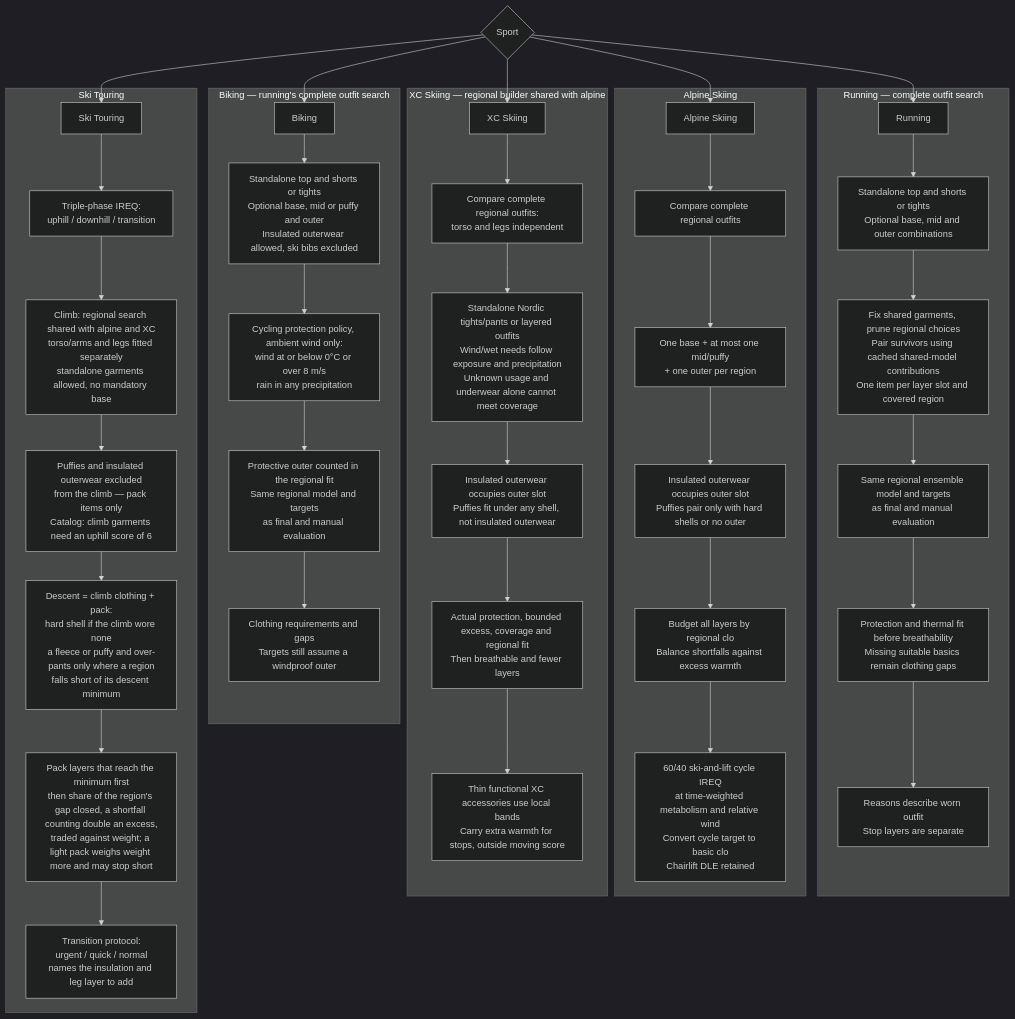
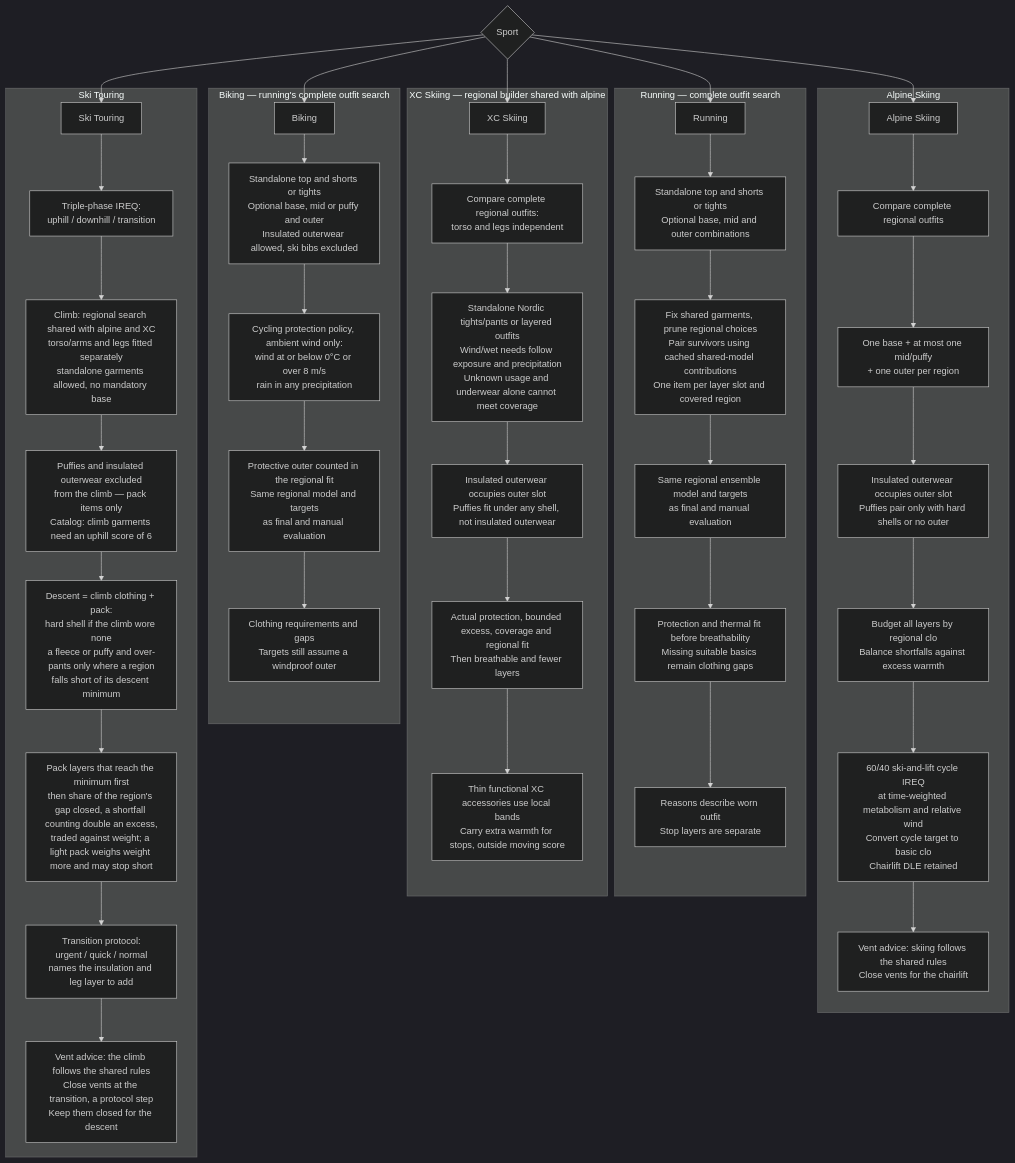
Before and after one commit to derobertsw/swttr: the fourth of 7 diagrams in README.md, drawn with Mermaid (dark theme). The commit also changed other lines of this file and 14 other files, not shown here.

````diff
--- a/README.md
+++ b/README.md
@@ -171,48 +176,50 @@
 ```mermaid
 graph TD
     SPORT{Sport} --> RUN[Running]
     SPORT --> BIKE[Biking]
     SPORT --> ALP[Alpine Skiing]
     SPORT --> XC[XC Skiing]
     SPORT --> TOUR[Ski Touring]
 
     subgraph "Running — complete outfit search"
         RUN --> R1[Standalone top and shorts or tights<br/>Optional base, mid and outer combinations]
         R1 --> R2[Fix shared garments, prune regional choices<br/>Pair survivors using cached shared-model contributions<br/>One item per layer slot and covered region]
         R2 --> R3[Same regional ensemble model and targets<br/>as final and manual evaluation]
         R3 --> R4[Protection and thermal fit before breathability<br/>Missing suitable basics remain clothing gaps]
         R4 --> R5[Reasons describe worn outfit<br/>Stop layers are separate]
     end
 
     subgraph "Biking — running's complete outfit search"
         BIKE --> B1[Standalone top and shorts or tights<br/>Optional base, mid or puffy and outer<br/>Insulated outerwear allowed, ski bibs excluded]
         B1 --> B2[Cycling protection policy, ambient wind only:<br/>wind at or below 0°C or over 8 m/s<br/>rain in any precipitation]
         B2 --> B3[Protective outer counted in the regional fit<br/>Same regional model and targets<br/>as final and manual evaluation]
         B3 --> B4[Clothing requirements and gaps<br/>Targets still assume a windproof outer]
     end
 
     subgraph "Alpine Skiing"
         ALP --> A1[Compare complete regional outfits]
         A1 --> A2[One base + at most one mid/puffy<br/>+ one outer per region]
         A2 --> A3[Insulated outerwear occupies outer slot<br/>Puffies pair only with hard shells or no outer]
         A3 --> A4[Budget all layers by regional clo<br/>Balance shortfalls against excess warmth]
         A4 --> A5[60/40 ski-and-lift cycle IREQ<br/>at time-weighted metabolism and relative wind<br/>Convert cycle target to basic clo<br/>Chairlift DLE retained]
+        A5 --> A6[Vent advice: skiing follows the shared rules<br/>Close vents for the chairlift]
     end
 
     subgraph "XC Skiing — regional builder shared with alpine"
         XC --> X1[Compare complete regional outfits:<br/>torso and legs independent]
         X1 --> X2[Standalone Nordic tights/pants or layered outfits<br/>Wind/wet needs follow exposure and precipitation<br/>Unknown usage and underwear alone cannot meet coverage]
         X2 --> X3[Insulated outerwear occupies outer slot<br/>Puffies fit under any shell, not insulated outerwear]
         X3 --> X4[Actual protection, bounded excess, coverage and regional fit<br/>Then breathable and fewer layers]
         X4 --> X5[Thin functional XC accessories use local bands<br/>Carry extra warmth for stops, outside moving score]
     end
 
     subgraph "Ski Touring"
         TOUR --> T1a[Triple-phase IREQ:<br/>uphill / downhill / transition]
         T1a --> T2a[Climb: regional search shared with alpine and XC<br/>torso/arms and legs fitted separately<br/>standalone garments allowed, no mandatory base]
         T2a --> T3a[Puffies and insulated outerwear excluded<br/>from the climb — pack items only<br/>Catalog: climb garments need an uphill score of 6]
         T3a --> T4a[Descent = climb clothing + pack:<br/>hard shell if the climb wore none<br/>a fleece or puffy and over-pants only where a region<br/>falls short of its descent minimum]
         T4a --> T6a[Pack layers that reach the minimum first<br/>then share of the region's gap closed, a shortfall counting double an excess,<br/>traded against weight; a light pack weighs weight more and may stop short]
         T6a --> T5a[Transition protocol:<br/>urgent / quick / normal<br/>names the insulation and leg layer to add]
+        T5a --> T7a[Vent advice: the climb follows the shared rules<br/>Close vents at the transition, a protocol step<br/>Keep them closed for the descent]
     end
 ```
````
